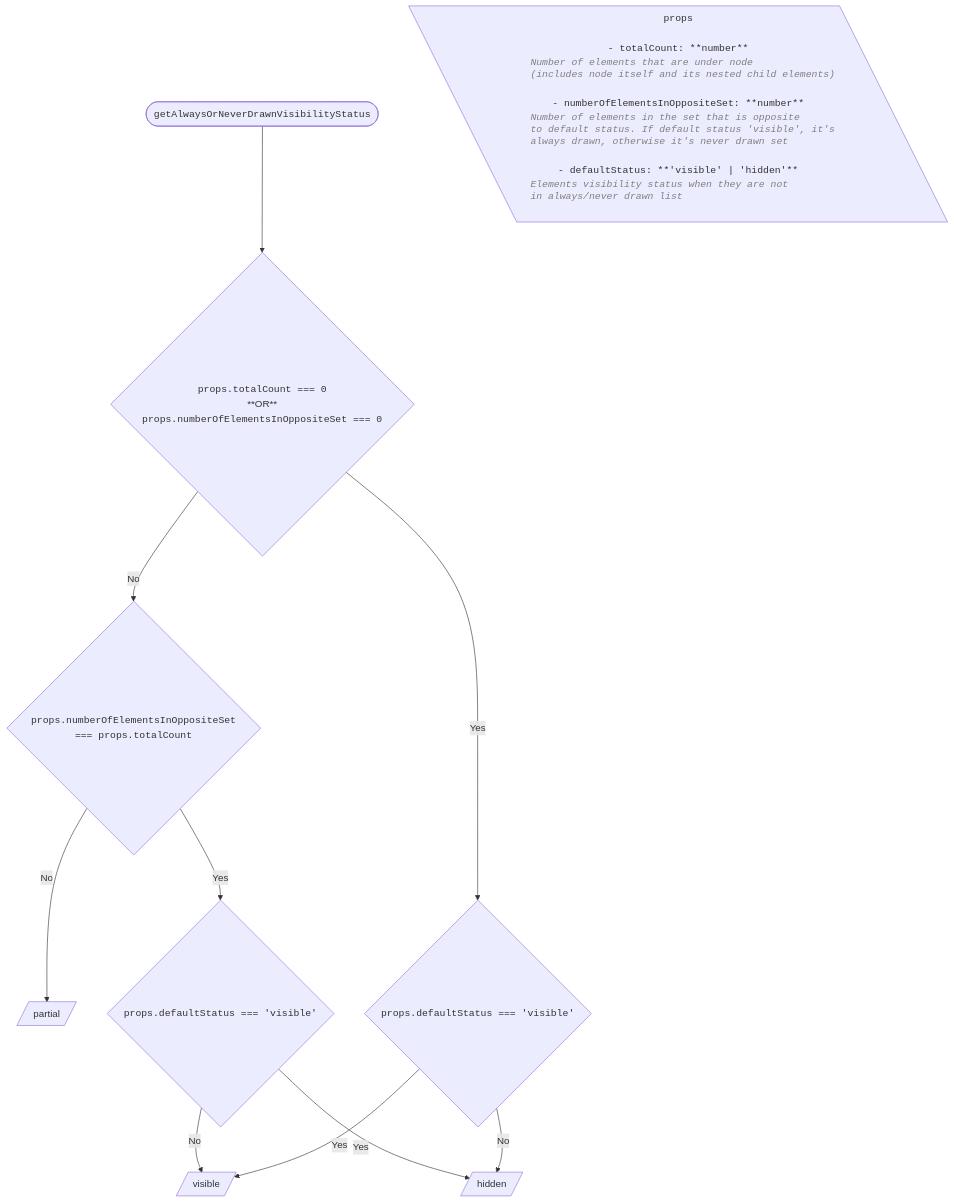
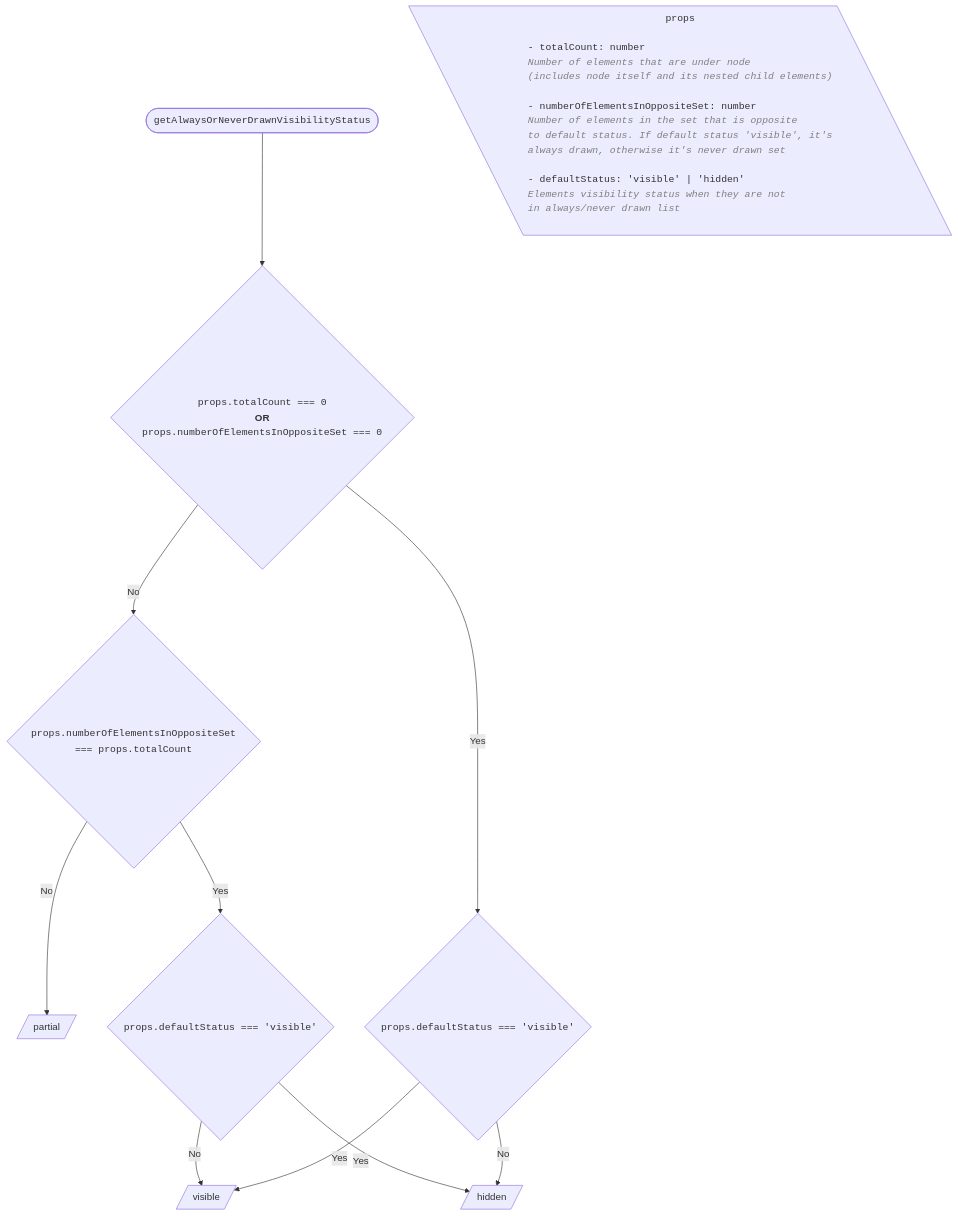
One commit to iTwin/viewer-components-react changed the sixth of 14 diagrams in packages/itwin/tree-widget/docs/SharedVisibilityHandling.md. Above: the diagram before and after it, drawn with Mermaid. The commit also changed other lines of this file and 7 other files, not shown here.

First line of the commit message:
[Tree widget]: add change visibility mermaid diagrams on `next` (#1674)

````diff
--- a/packages/itwin/tree-widget/docs/SharedVisibilityHandling.md
+++ b/packages/itwin/tree-widget/docs/SharedVisibilityHandling.md
@@ -393,56 +416,55 @@
 ```mermaid
 ---
 config:
   flowchart:
     wrappingWidth: 750
     useMaxWidth: false
 ---
 
 flowchart TD
   RESULT_Partial[/partial/]
   RESULT_Visible[/visible/]
   RESULT_Hidden[/hidden/]
 
   %% Start
-  TITLE(["<code>getAlwaysOrNeverDrawnVisibilityStatus</code>"]) --> A{"<code>props.totalCount === 0</code><br/>**OR**<br/><code>props.numberOfElementsInOppositeSet === 0</code>"}
+  TITLE(["<span style='font-family: monospace;'>getAlwaysOrNeverDrawnVisibilityStatus</span>"]) --> A{"<span style='font-family: monospace;'>props.totalCount === 0</span><br/><strong>OR</strong><br/><span style='font-family: monospace;'>props.numberOfElementsInOppositeSet === 0</span>"}
 
   PROPS[\"
-    <code>props</code>
-    <code style='text-align: left; line-height: 1.2'>
-      - totalCount: **number**
-      %% need !important on color since to not take the config color
-     <span style='color: #808080 !important; font-style: italic; margin-top: 4px; display: block; margin-left: 15px'>Number of elements that are under node <br/> (includes node itself and its nested child elements)
+    <span style='font-family: monospace;'>props</span>
+    <span style='display: block; text-align: left; font-family: monospace;'>
+      - totalCount: number
+     <span style='color: #808080 !important; font-style: italic;'>Number of elements that are under node <br/> (includes node itself and its nested child elements)
      </span>
-      - numberOfElementsInOppositeSet: **number**
-      <span style='color: #808080 !important; font-style: italic; margin-top: 4px; display: block; margin-left: 15px'>Number of elements in the set that is opposite  <br/> to default status. If default status 'visible', it's  <br/> always drawn, otherwise it's never drawn set
+      - numberOfElementsInOppositeSet: number
+      <span style='color: #808080 !important; font-style: italic;'>Number of elements in the set that is opposite  <br/> to default status. If default status 'visible', it's  <br/> always drawn, otherwise it's never drawn set
       </span>
-      - defaultStatus: **'visible' | 'hidden'**
-      <span style='color: #808080 !important; font-style: italic; margin-top: 4px; display: block; margin-left: 15px'>Elements visibility status when they are not <br/>in always/never drawn list
+      - defaultStatus: 'visible' | 'hidden'
+      <span style='color: #808080 !important; font-style: italic; display: block;'>Elements visibility status when they are not <br/>in always/never drawn list
       </span>
-    </code>
+    </span>
   "\]
 
   %% Branch Yes
-  A -- Yes --> B1{"<code>props.defaultStatus === 'visible'</code>"}
+  A -- Yes --> B1{"<span style='font-family: monospace;'>props.defaultStatus === 'visible'</span>"}
 
     %% Branch Yes
     B1 -- Yes --> RESULT_Visible
 
     %% Branch No
     B1 -- No --> RESULT_Hidden
 
   %% Branch No
-  A -- No --> B2{"<code>props.numberOfElementsInOppositeSet<br /> === props.totalCount</code>"}
+  A -- No --> B2{"<span style='font-family: monospace;'>props.numberOfElementsInOppositeSet<br /> === props.totalCount</span>"}
 
     %% Branch No
     B2 -- No --> RESULT_Partial
 
     %% Branch Yes
-    B2 -- Yes --> C{"<code>props.defaultStatus === 'visible'</code>"}
+    B2 -- Yes --> C{"<span style='font-family: monospace;'>props.defaultStatus === 'visible'</span>"}
 
       %% Branch Yes
       C -- Yes --> RESULT_Hidden
 
       %% Branch No
       C -- No --> RESULT_Visible
 ```
````
